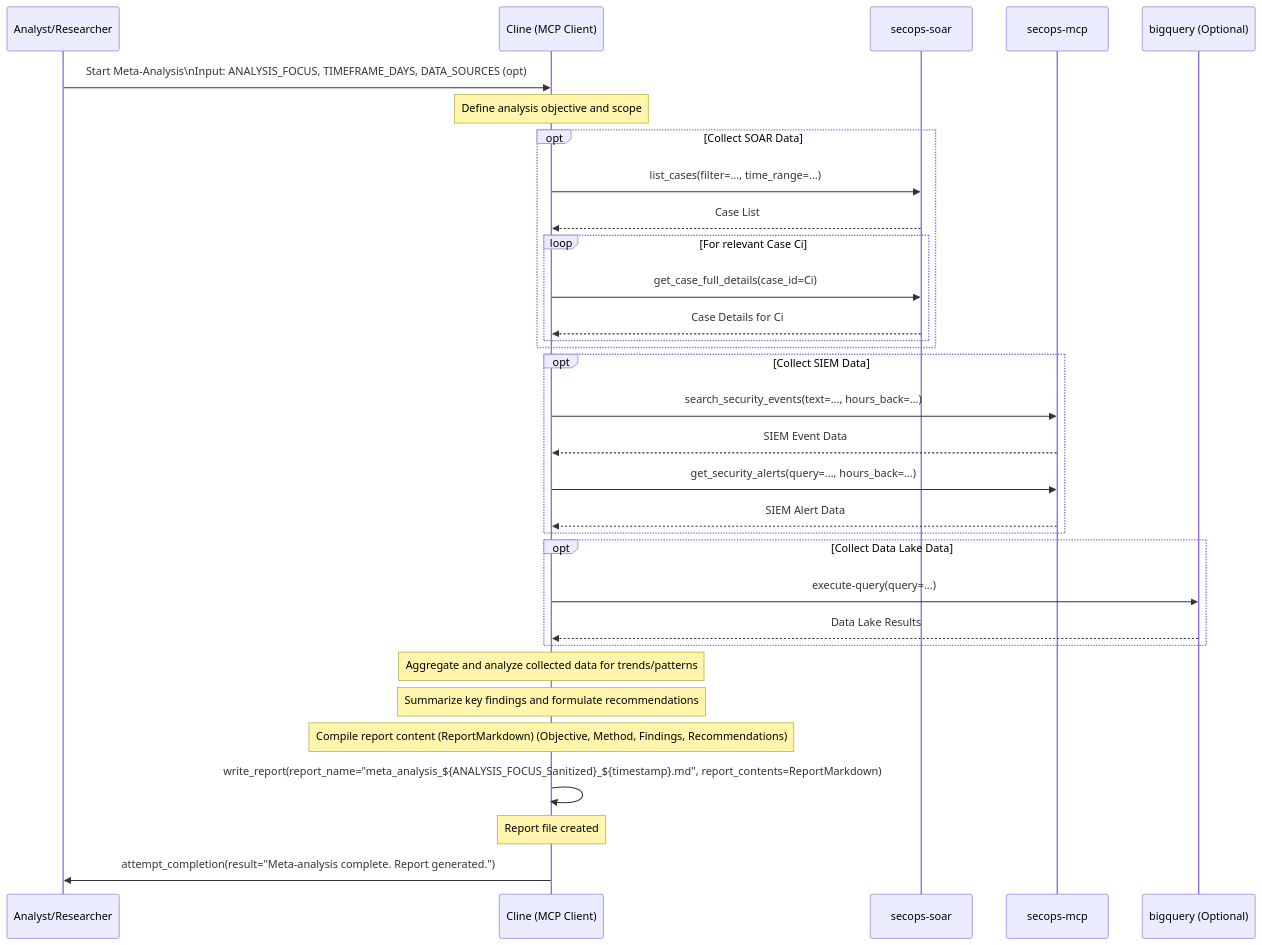
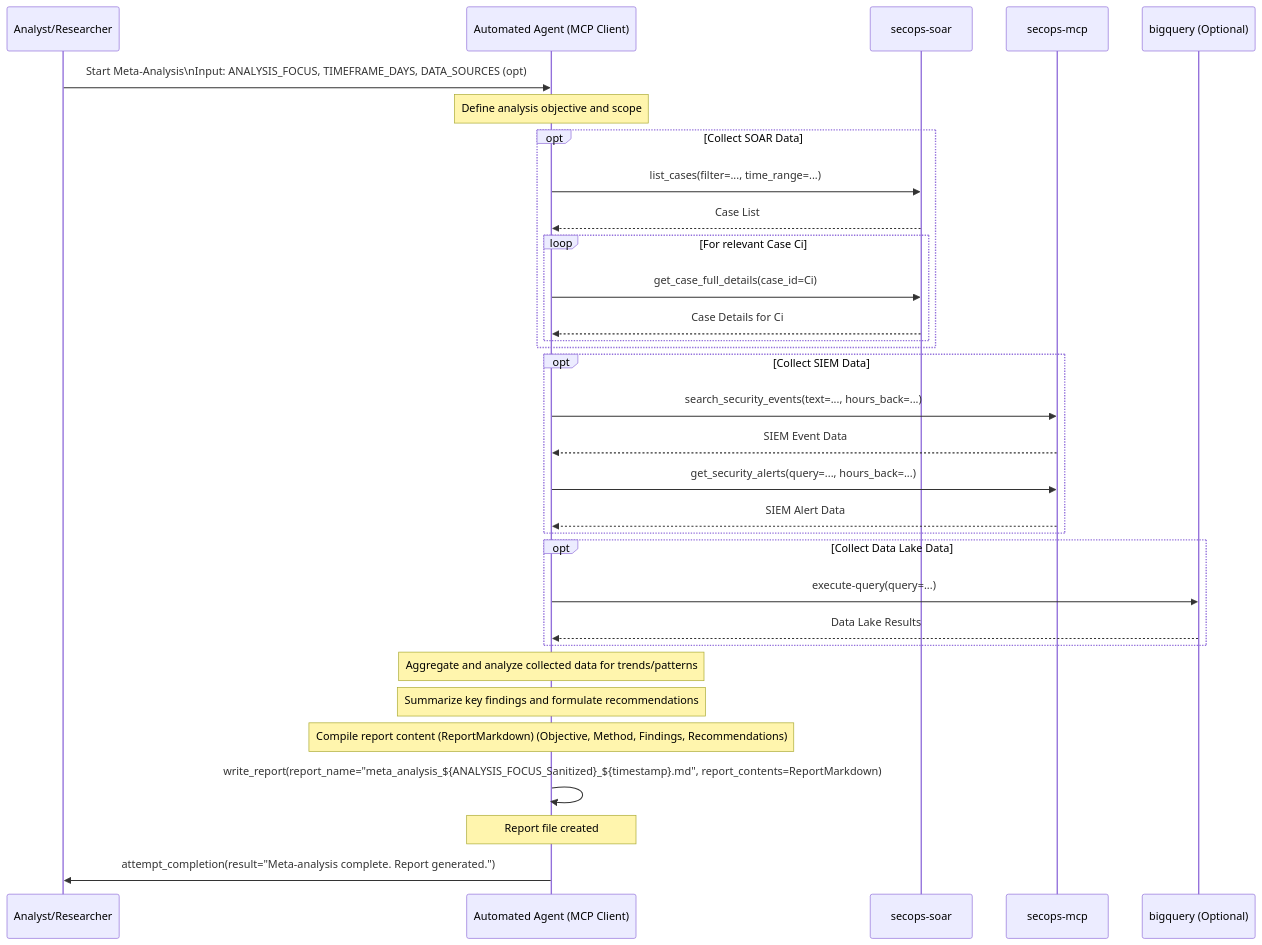
Before and after one commit to dandye/adk_runbooks: the diagram in rules-bank/run_books/metaanalysis.md, drawn with Mermaid. The commit also changed 42 other files, not shown here.

````diff
--- a/rules-bank/run_books/metaanalysis.md
+++ b/rules-bank/run_books/metaanalysis.md
@@ -34,47 +34,47 @@
 ```{mermaid}
 sequenceDiagram
     participant Analyst/Researcher
-    participant Cline as Cline (MCP Client)
+    participant AutomatedAgent as Automated Agent (MCP Client)
     participant SOAR as secops-soar
     participant SIEM as secops-mcp
     participant BigQuery as bigquery (Optional)
 
-    Analyst/Researcher->>Cline: Start Meta-Analysis\nInput: ANALYSIS_FOCUS, TIMEFRAME_DAYS, DATA_SOURCES (opt)
+    Analyst/Researcher->>AutomatedAgent: Start Meta-Analysis\nInput: ANALYSIS_FOCUS, TIMEFRAME_DAYS, DATA_SOURCES (opt)
 
     %% Step 1: Define Scope
-    Note over Cline: Define analysis objective and scope
+    Note over AutomatedAgent: Define analysis objective and scope
 
     %% Step 2: Data Collection
     opt Collect SOAR Data
-        Cline->>SOAR: list_cases(filter=..., time_range=...)
-        SOAR-->>Cline: Case List
+        AutomatedAgent->>SOAR: list_cases(filter=..., time_range=...)
+        SOAR-->>AutomatedAgent: Case List
         loop For relevant Case Ci
-            Cline->>SOAR: get_case_full_details(case_id=Ci)
-            SOAR-->>Cline: Case Details for Ci
+            AutomatedAgent->>SOAR: get_case_full_details(case_id=Ci)
+            SOAR-->>AutomatedAgent: Case Details for Ci
         end
     end
     opt Collect SIEM Data
-        Cline->>SIEM: search_security_events(text=..., hours_back=...)
-        SIEM-->>Cline: SIEM Event Data
-        Cline->>SIEM: get_security_alerts(query=..., hours_back=...)
-        SIEM-->>Cline: SIEM Alert Data
+        AutomatedAgent->>SIEM: search_security_events(text=..., hours_back=...)
+        SIEM-->>AutomatedAgent: SIEM Event Data
+        AutomatedAgent->>SIEM: get_security_alerts(query=..., hours_back=...)
+        SIEM-->>AutomatedAgent: SIEM Alert Data
     end
     opt Collect Data Lake Data
-        Cline->>BigQuery: execute-query(query=...)
-        BigQuery-->>Cline: Data Lake Results
+        AutomatedAgent->>BigQuery: execute-query(query=...)
+        BigQuery-->>AutomatedAgent: Data Lake Results
     end
 
     %% Step 3: Data Aggregation & Analysis
-    Note over Cline: Aggregate and analyze collected data for trends/patterns
+    Note over AutomatedAgent: Aggregate and analyze collected data for trends/patterns
 
     %% Step 4 & 5: Synthesize Findings & Recommendations
-    Note over Cline: Summarize key findings and formulate recommendations
+    Note over AutomatedAgent: Summarize key findings and formulate recommendations
 
     %% Step 6: Generate Report
-    Note over Cline: Compile report content (ReportMarkdown) (Objective, Method, Findings, Recommendations)
-    Cline->>Cline: write_report(report_name="meta_analysis_${ANALYSIS_FOCUS_Sanitized}_${timestamp}.md", report_contents=ReportMarkdown)
-    Note over Cline: Report file created
+    Note over AutomatedAgent: Compile report content (ReportMarkdown) (Objective, Method, Findings, Recommendations)
+    AutomatedAgent->>AutomatedAgent: write_report(report_name="meta_analysis_${ANALYSIS_FOCUS_Sanitized}_${timestamp}.md", report_contents=ReportMarkdown)
+    Note over AutomatedAgent: Report file created
 
-    Cline->>Analyst/Researcher: attempt_completion(result="Meta-analysis complete. Report generated.")
+    AutomatedAgent->>Analyst/Researcher: attempt_completion(result="Meta-analysis complete. Report generated.")
 
 ```
````
